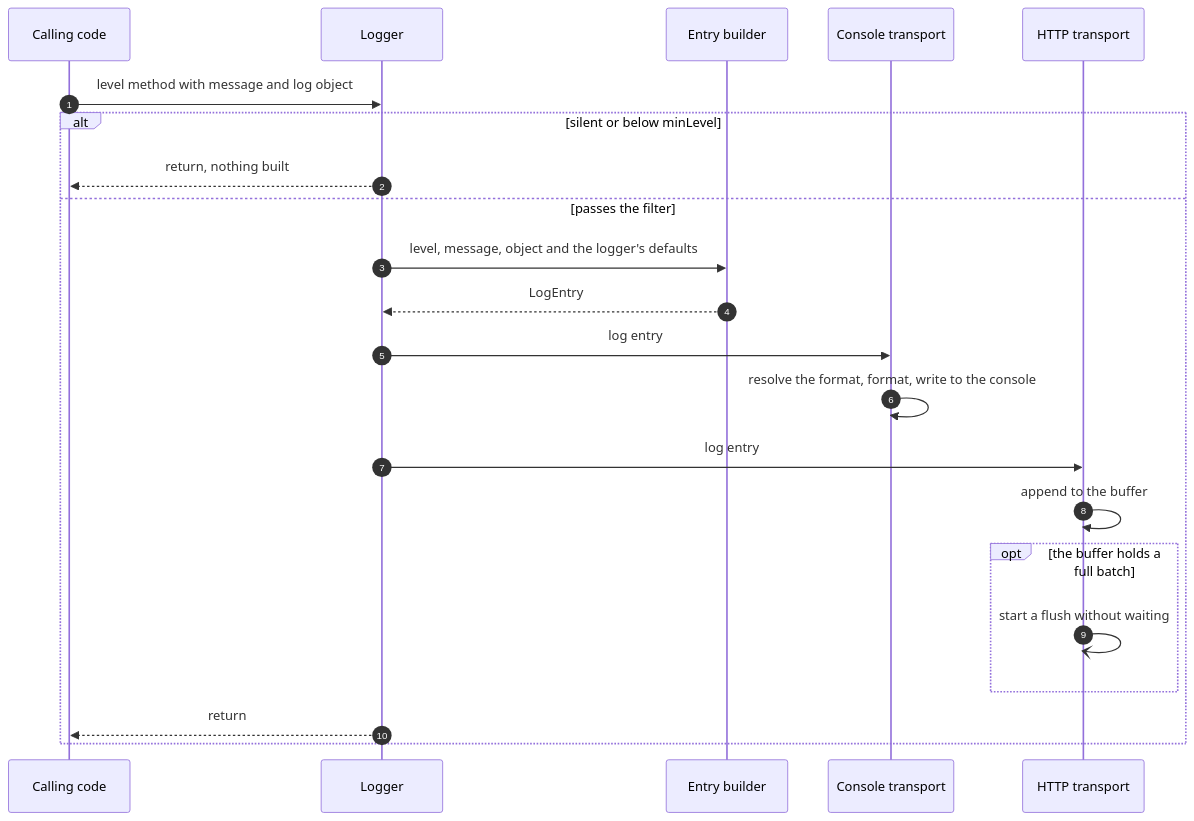
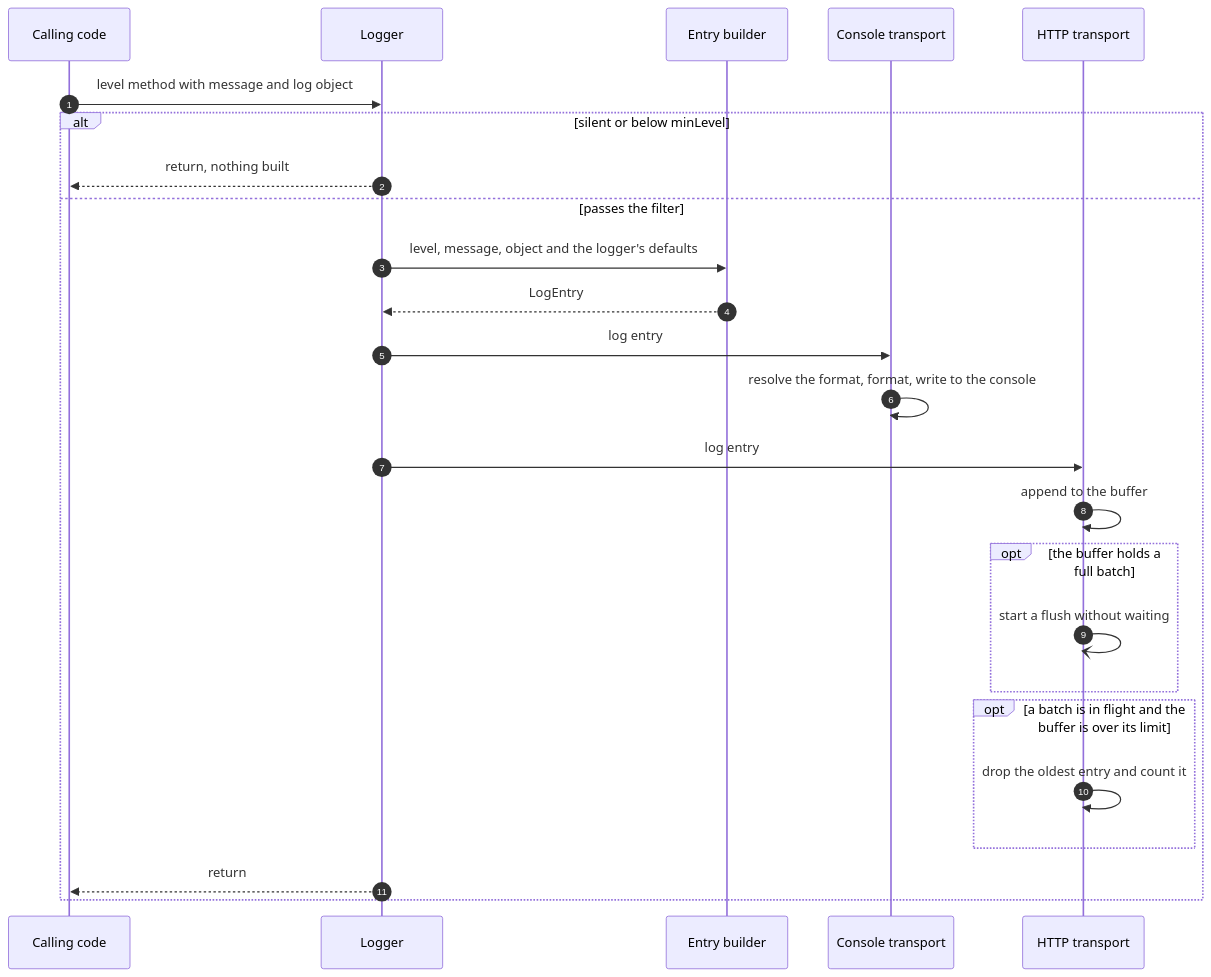
The third of 4 diagrams in packages/logger/docs/architecture.md (NextNodeSolutions/core), drawn with Mermaid before and after one commit. The commit also changed other lines of this file and 4 other files, not shown here.

First line of the commit message:
feat(logger): bound the http transport buffer

````diff
--- a/packages/logger/docs/architecture.md
+++ b/packages/logger/docs/architecture.md
@@ -106,24 +106,27 @@
 ```mermaid
 sequenceDiagram
     autonumber
     participant Caller as Calling code
     participant Logger
     participant Builder as Entry builder
     participant Console as Console transport
     participant Http as HTTP transport
     Caller->>Logger: level method with message and log object
     alt silent or below minLevel
         Logger-->>Caller: return, nothing built
     else passes the filter
         Logger->>Builder: level, message, object and the logger's defaults
         Builder-->>Logger: LogEntry
         Logger->>Console: log entry
         Console->>Console: resolve the format, format, write to the console
         Logger->>Http: log entry
         Http->>Http: append to the buffer
         opt the buffer holds a full batch
             Http-)Http: start a flush without waiting
         end
+        opt a batch is in flight and the buffer is over its limit
+            Http->>Http: drop the oldest entry and count it
+        end
         Logger-->>Caller: return
     end
 ```
````
